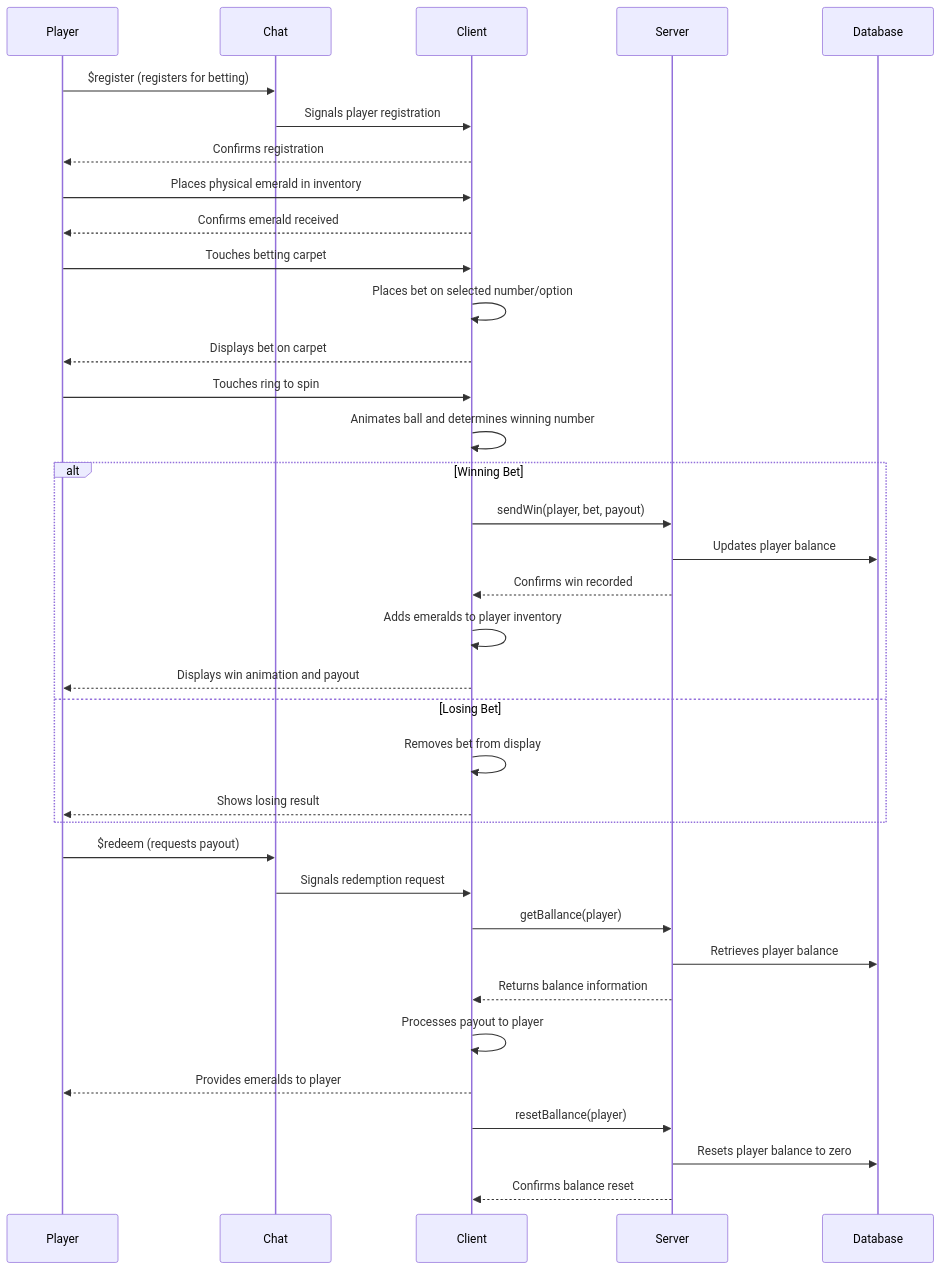
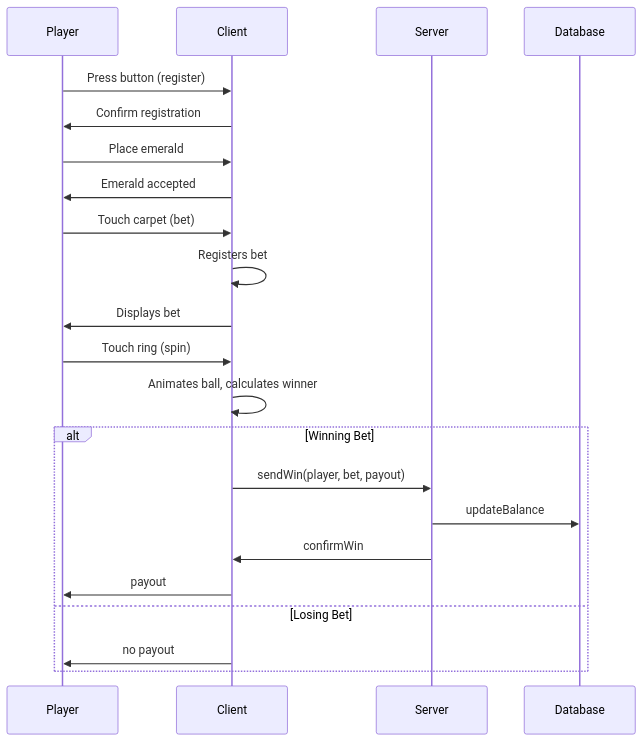
One commit to cliftontoaster-reid/cc-roulette changed the second of 4 diagrams in README.md. Above: the diagram before and after it, drawn with Mermaid. The commit also changed other lines of this file and 1 other file, not shown here.

Commit message:
Update README.md to reflect automatic payouts and player registration process; refactor spin.lua for improved payout handling and player detection

````diff
--- a/README.md
+++ b/README.md
@@ -69,44 +74,26 @@
 ```mermaid
 sequenceDiagram
     participant Player
-    participant Chat
     participant Client
     participant Server
     participant Database
 
-    Player->>Chat: $register (registers for betting)
-    Chat->>Client: Signals player registration
-    Client-->>Player: Confirms registration
-
-    Player->>Client: Places physical emerald in inventory
-    Client-->>Player: Confirms emerald received
-
-    Player->>Client: Touches betting carpet
-    Client->>Client: Places bet on selected number/option
-    Client-->>Player: Displays bet on carpet
-
-    Player->>Client: Touches ring to spin
-    Client->>Client: Animates ball and determines winning number
+    Player->>Client: Press button (register)
+    Client->>Player: Confirm registration
+    Player->>Client: Place emerald
+    Client->>Player: Emerald accepted
+    Player->>Client: Touch carpet (bet)
+    Client->>Client: Registers bet
+    Client->>Player: Displays bet
+    Player->>Client: Touch ring (spin)
+    Client->>Client: Animates ball, calculates winner
 
     alt Winning Bet
         Client->>Server: sendWin(player, bet, payout)
-        Server->>Database: Updates player balance
-        Server-->>Client: Confirms win recorded
-        Client->>Client: Adds emeralds to player inventory
-        Client-->>Player: Displays win animation and payout
+        Server->>Database: updateBalance
+        Server->>Client: confirmWin
+        Client->>Player: payout
     else Losing Bet
-        Client->>Client: Removes bet from display
-        Client-->>Player: Shows losing result
+        Client->>Player: no payout
     end
-
-    Player->>Chat: $redeem (requests payout)
-    Chat->>Client: Signals redemption request
-    Client->>Server: getBallance(player)
-    Server->>Database: Retrieves player balance
-    Server-->>Client: Returns balance information
-    Client->>Client: Processes payout to player
-    Client-->>Player: Provides emeralds to player
-    Client->>Server: resetBallance(player)
-    Server->>Database: Resets player balance to zero
-    Server-->>Client: Confirms balance reset
 ```
````
